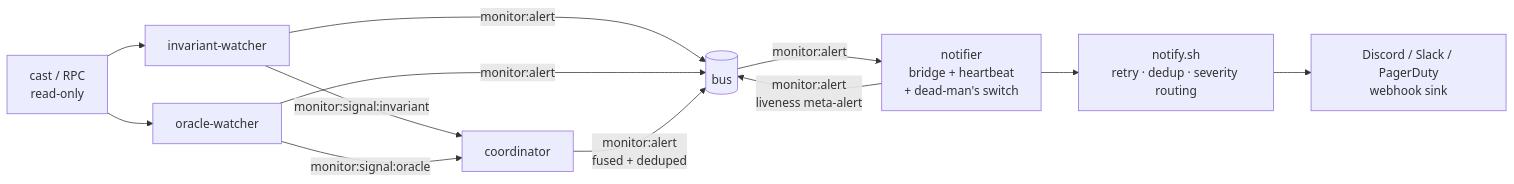
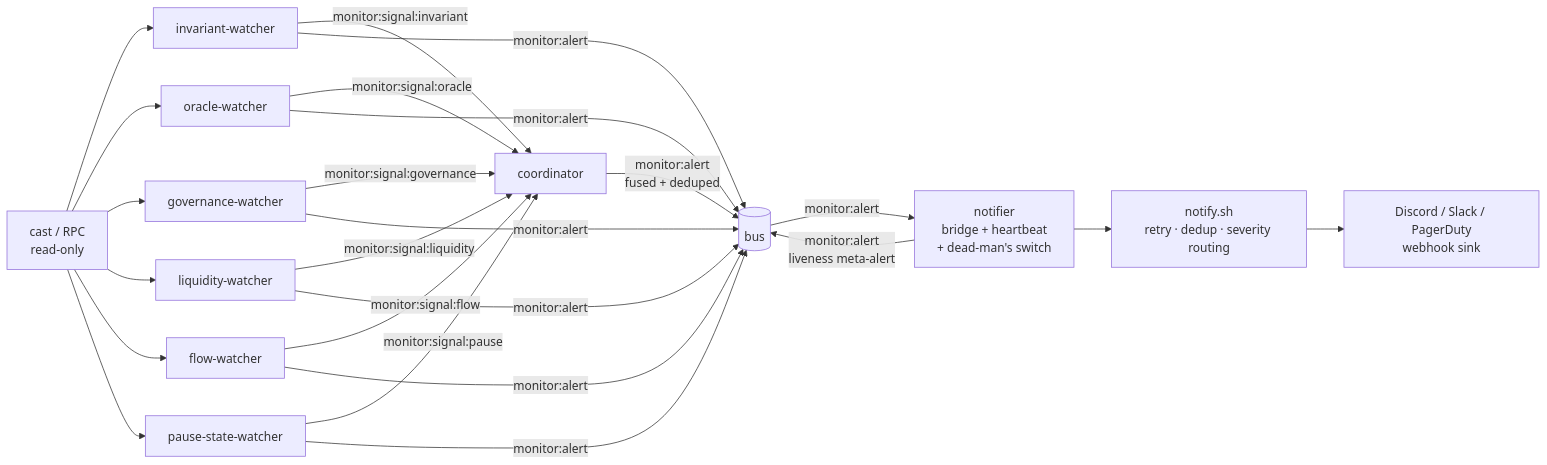
Before and after one commit to Replikanti/agentis-colonies: the diagram in dark-factory/monitor/README.md, drawn with Mermaid. The commit also changed other lines of this file and 8 other files, not shown here.

First line of the commit message:
feat(dark-factory): monitor governance + liquidity/flow/pause watchers (#1095, #1096) (#1105)

````diff
--- a/dark-factory/monitor/README.md
+++ b/dark-factory/monitor/README.md
@@ -33,14 +37,26 @@
 ```mermaid
 flowchart LR
     C[cast / RPC<br/>read-only] --> IW[invariant-watcher]
     C --> OW[oracle-watcher]
+    C --> GW[governance-watcher]
+    C --> LW[liquidity-watcher]
+    C --> FW[flow-watcher]
+    C --> PW[pause-state-watcher]
     IW -->|monitor:signal:invariant| CO[coordinator]
     OW -->|monitor:signal:oracle| CO
+    GW -->|monitor:signal:governance| CO
+    LW -->|monitor:signal:liquidity| CO
+    FW -->|monitor:signal:flow| CO
+    PW -->|monitor:signal:pause| CO
     IW -->|monitor:alert| BUS[(bus)]
     OW -->|monitor:alert| BUS
+    GW -->|monitor:alert| BUS
+    LW -->|monitor:alert| BUS
+    FW -->|monitor:alert| BUS
+    PW -->|monitor:alert| BUS
     CO -->|monitor:alert<br/>fused + deduped| BUS
     BUS -->|monitor:alert| NF[notifier<br/>bridge + heartbeat<br/>+ dead-man's switch]
     NF -->|monitor:alert<br/>liveness meta-alert| BUS
     NF --> N[notify.sh<br/>retry · dedup · severity routing]
     N --> W[Discord / Slack / PagerDuty<br/>webhook sink]
 ```
````
